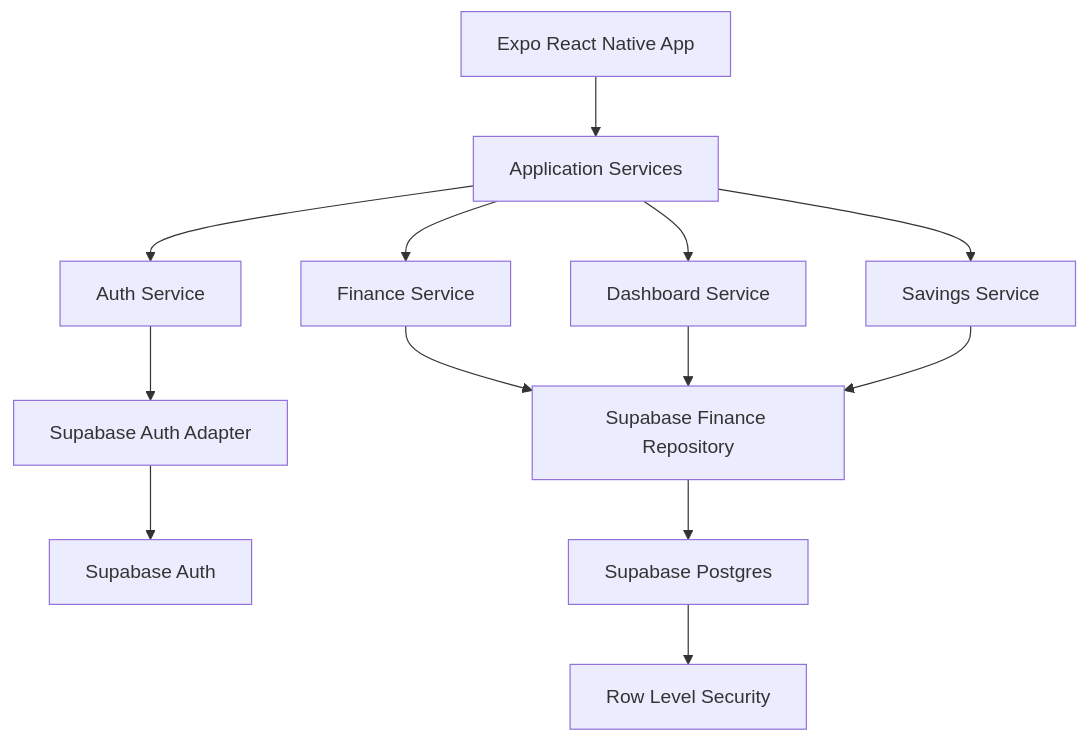
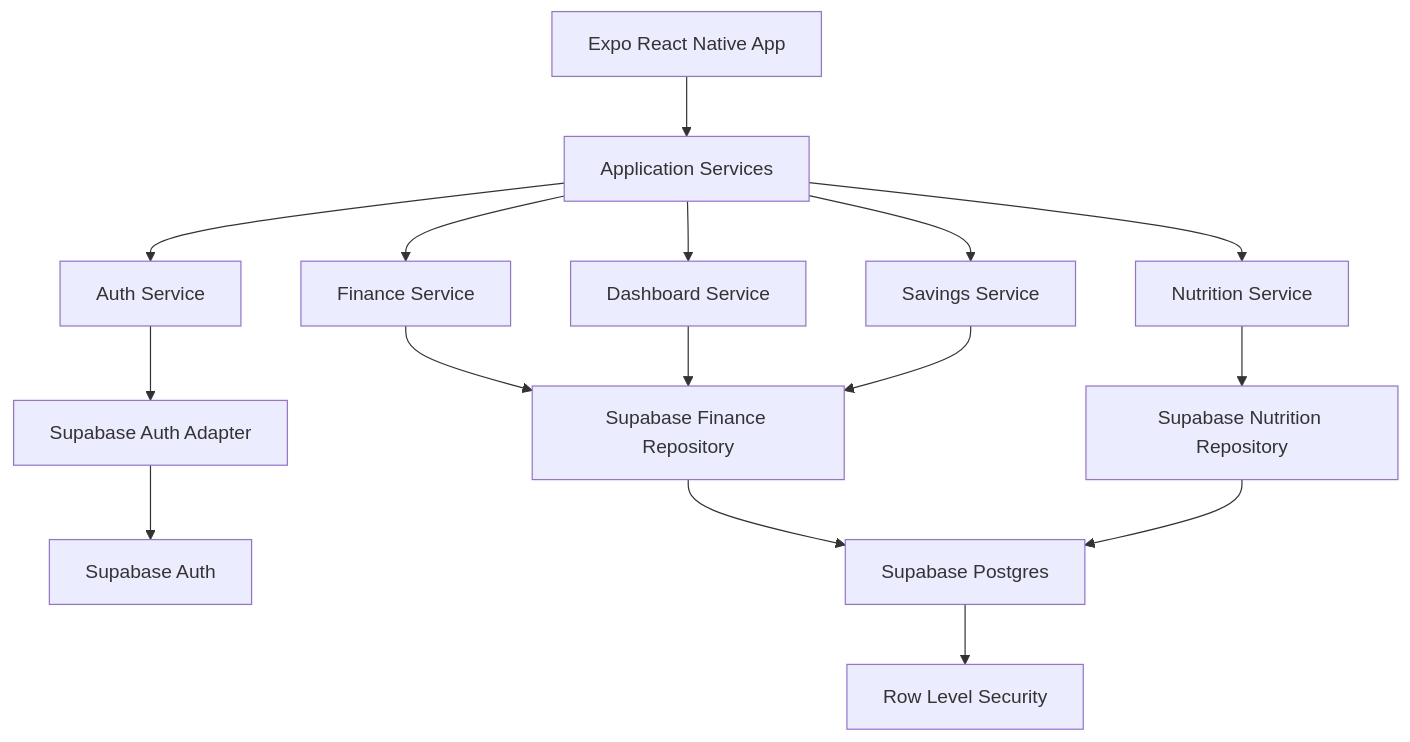
Before and after one commit to DalbirSodhi/Pocket-Mate: the first of 2 diagrams in docs/system-design.md, drawn with Mermaid. The commit also changed other lines of this file and 17 other files, not shown here.

````diff
--- a/docs/system-design.md
+++ b/docs/system-design.md
@@ -7,17 +7,20 @@
 ```mermaid
 flowchart TD
     A["Expo React Native App"] --> B["Application Services"]
     B --> C["Auth Service"]
     B --> D["Finance Service"]
     B --> E["Dashboard Service"]
     B --> F["Savings Service"]
+    B --> L["Nutrition Service"]
 
     C --> G["Supabase Auth Adapter"]
     D --> H["Supabase Finance Repository"]
     E --> H
     F --> H
+    L --> M["Supabase Nutrition Repository"]
 
     G --> I["Supabase Auth"]
     H --> J["Supabase Postgres"]
+    M --> J
     J --> K["Row Level Security"]
 ```
````
